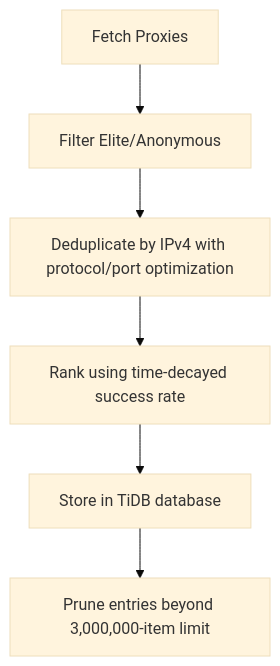
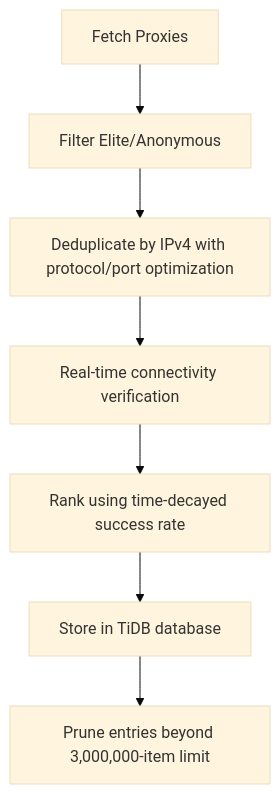
One commit to webc-site/npm changed the diagram in proxy_fetch/readme/en/README.md. Above: the diagram before and after it, drawn with Mermaid (base theme). The commit also changed other lines of this file and 2 other files, not shown here.

````diff
--- a/proxy_fetch/readme/en/README.md
+++ b/proxy_fetch/readme/en/README.md
@@ -34,8 +34,9 @@
 ```mermaid
 graph TD
     A[Fetch Proxies] --> B[Filter Elite/Anonymous]
     B --> C[Deduplicate by IPv4 with protocol/port optimization]
-    C --> D[Rank using time-decayed success rate]
-    D --> E[Store in TiDB database]
-    E --> F[Prune entries beyond 3,000,000-item limit]
+    C --> D[Real-time connectivity verification]
+    D --> E[Rank using time-decayed success rate]
+    E --> F[Store in TiDB database]
+    F --> G[Prune entries beyond 3,000,000-item limit]
 ```
````
